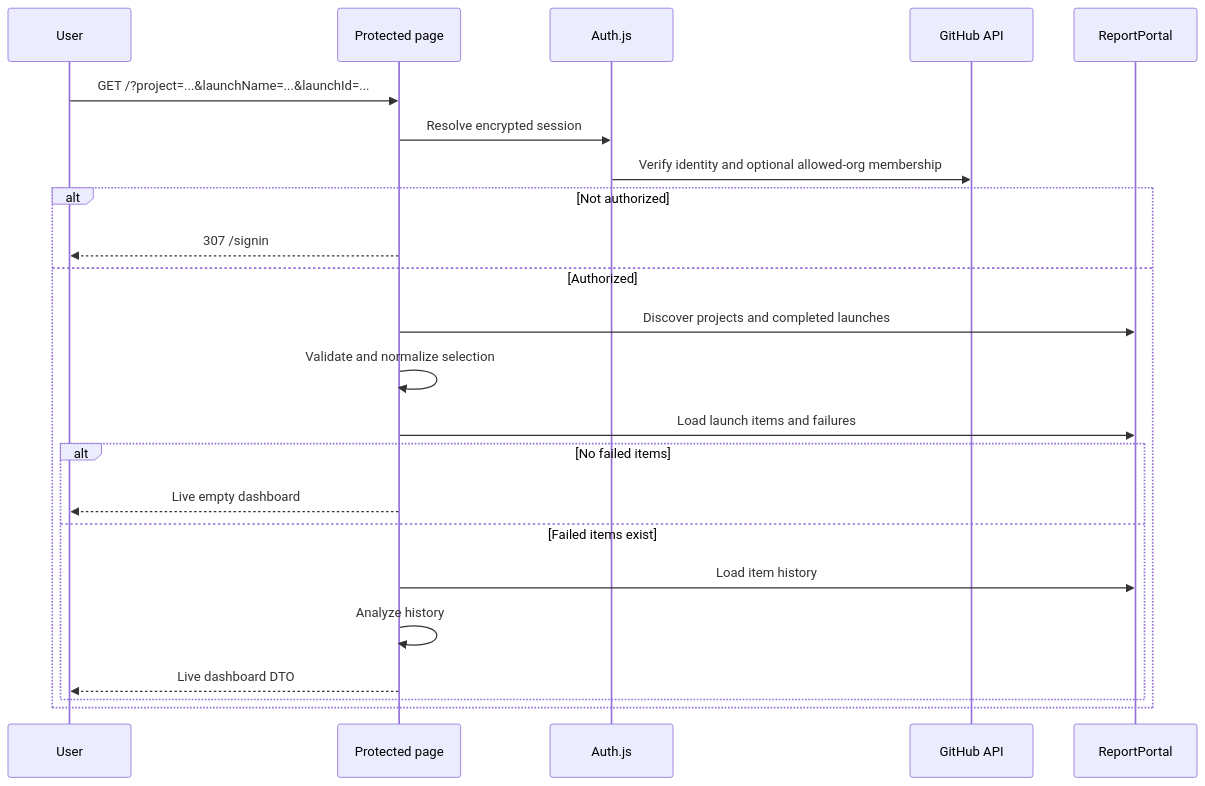
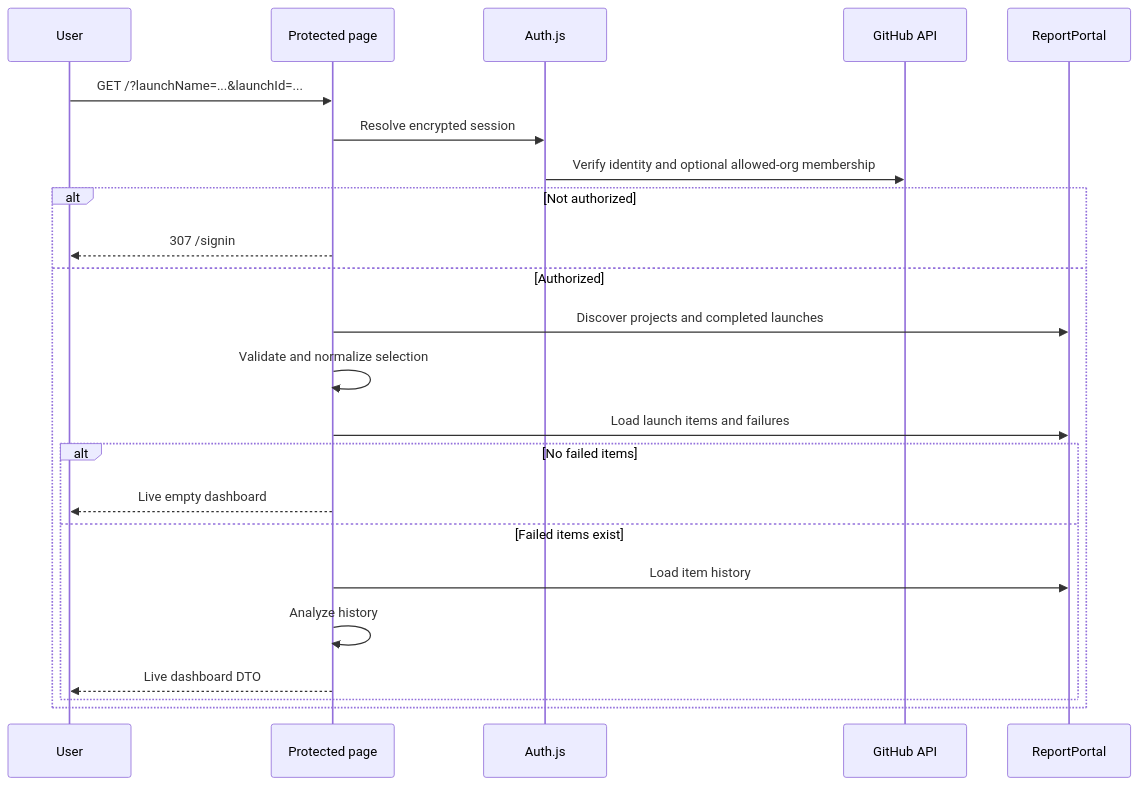
Before and after one commit to usavkov-epam/rp-failure-intelligence: the second of 3 diagrams in docs/ENGINEERING.md, drawn with Mermaid. The commit also changed other lines of this file and 39 other files, not shown here.

````diff
--- a/docs/ENGINEERING.md
+++ b/docs/ENGINEERING.md
@@ -99,26 +101,26 @@
 ```mermaid
 sequenceDiagram
   participant U as User
   participant P as Protected page
   participant A as Auth.js
   participant G as GitHub API
   participant R as ReportPortal
 
-  U->>P: GET /?project=...&launchName=...&launchId=...
+  U->>P: GET /?launchName=...&launchId=...
   P->>A: Resolve encrypted session
   A->>G: Verify identity and optional allowed-org membership
   alt Not authorized
     P-->>U: 307 /signin
   else Authorized
     P->>R: Discover projects and completed launches
     P->>P: Validate and normalize selection
     P->>R: Load launch items and failures
     alt No failed items
       P-->>U: Live empty dashboard
     else Failed items exist
       P->>R: Load item history
       P->>P: Analyze history
       P-->>U: Live dashboard DTO
     end
   end
 ```
````
